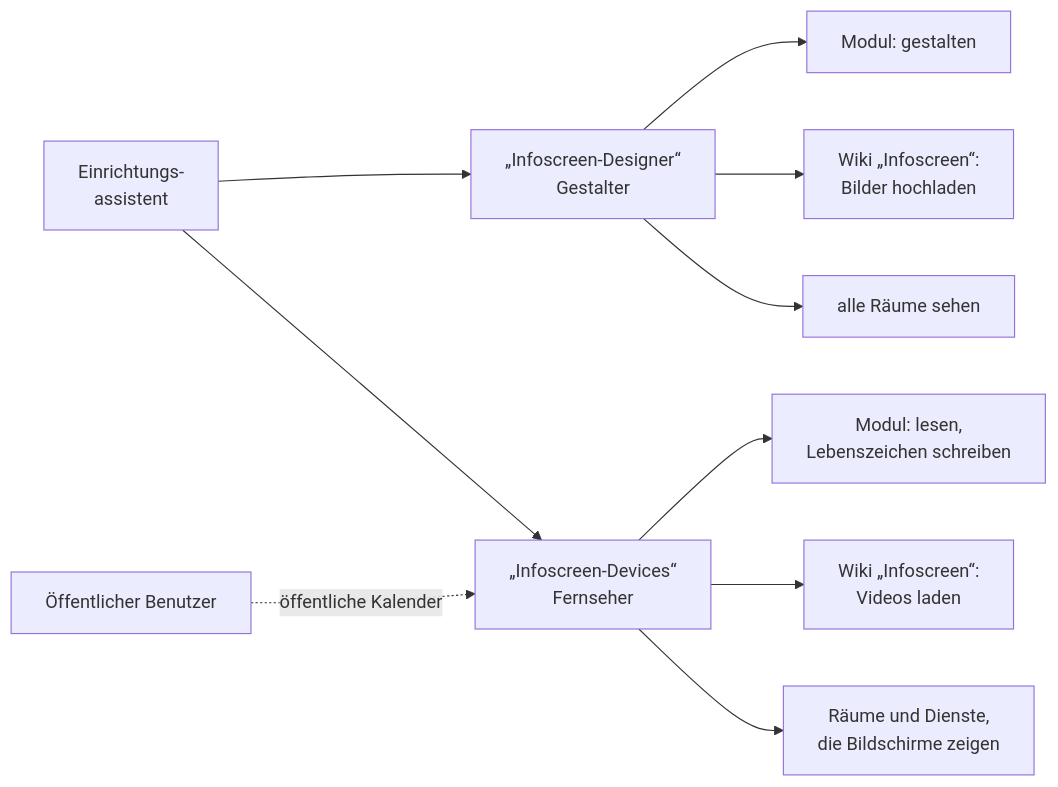
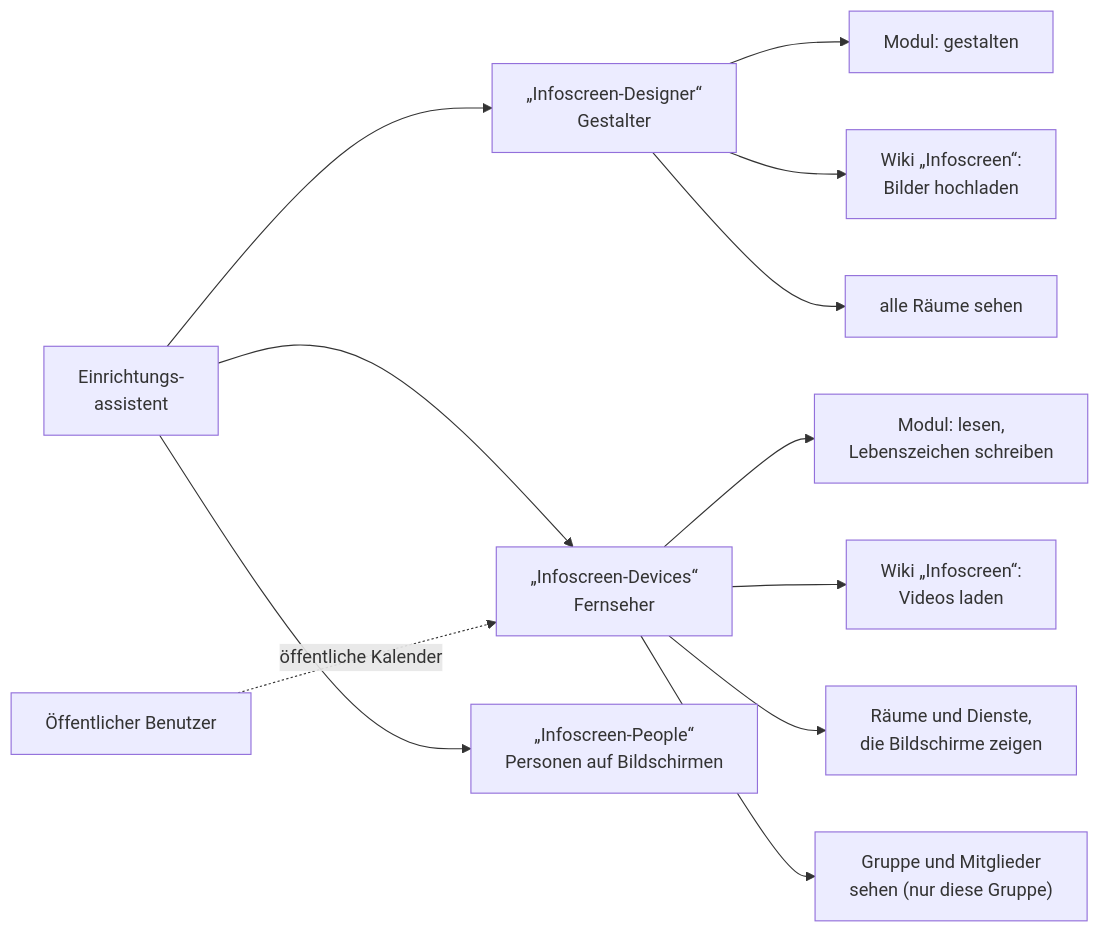
Before and after one commit to wirsindcgks/churchtools-infoscreen: the diagram in docs/Rechte.md, drawn with Mermaid. The commit also changed other lines of this file and 47 other files, not shown here.

First line of the commit message:
Baustein „Personen“ (Stück 1): Karten aus der Gruppe „Infoscreen-People“

````diff
--- a/docs/Rechte.md
+++ b/docs/Rechte.md
@@ -14,12 +17,14 @@
 ```mermaid
 flowchart LR
     AS["Einrichtungs-<br>assistent"] --> GD["„Infoscreen-Designer“<br>Gestalter"]
     AS --> GV["„Infoscreen-Devices“<br>Fernseher"]
     GD --> M1["Modul: gestalten"]
     GD --> W1["Wiki „Infoscreen“:<br>Bilder hochladen"]
     GD --> R1["alle Räume sehen"]
     GV --> M2["Modul: lesen,<br>Lebenszeichen schreiben"]
     GV --> W2["Wiki „Infoscreen“:<br>Videos laden"]
     GV --> R2["Räume und Dienste,<br>die Bildschirme zeigen"]
+    AS --> GP["„Infoscreen-People“<br>Personen auf Bildschirmen"]
+    GV --> P2["Gruppe und Mitglieder<br>sehen (nur diese Gruppe)"]
     OB["Öffentlicher Benutzer"] -.->|"öffentliche Kalender"| GV
 ```
````
